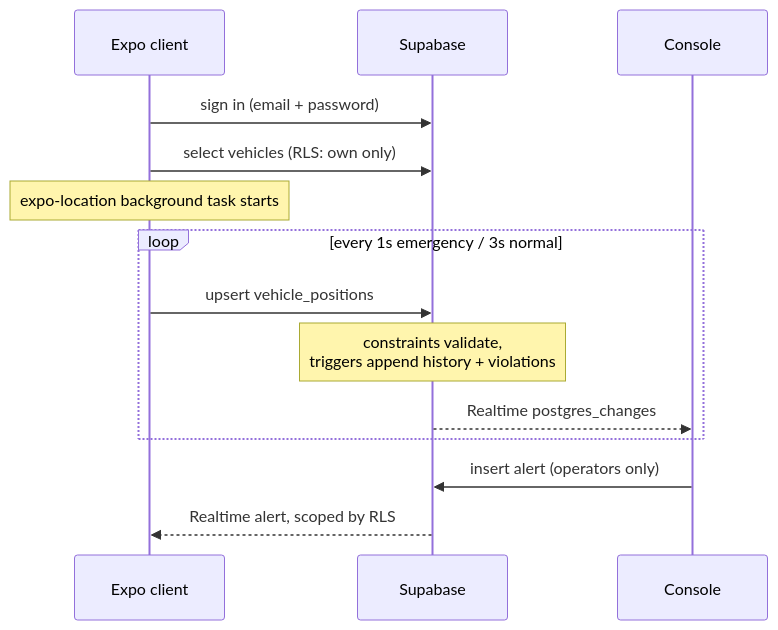
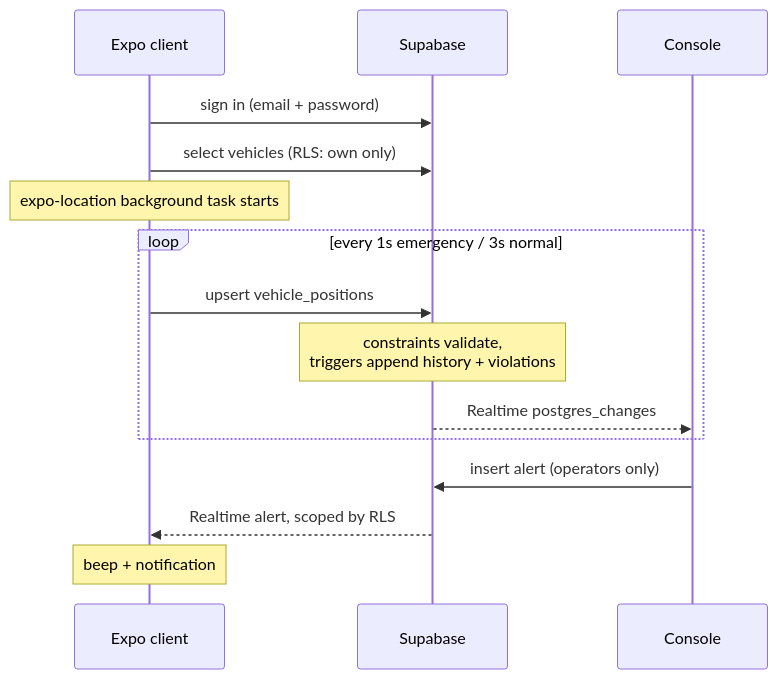
Before and after one commit to imsky1812/sutraGrid: the diagram in README.md, drawn with Mermaid. The commit also changed other lines of this file and 20 other files, not shown here.

````diff
--- a/README.md
+++ b/README.md
@@ -26,17 +26,18 @@
 ```mermaid
 sequenceDiagram
     participant App as Expo client
     participant SB as Supabase
     participant Dash as Console
 
     App->>SB: sign in (email + password)
     App->>SB: select vehicles (RLS: own only)
     Note over App: expo-location background task starts
     loop every 1s emergency / 3s normal
         App->>SB: upsert vehicle_positions
         Note over SB: constraints validate,<br/>triggers append history + violations
         SB-->>Dash: Realtime postgres_changes
     end
     Dash->>SB: insert alert (operators only)
     SB-->>App: Realtime alert, scoped by RLS
+    Note over App: beep + notification
 ```
````
